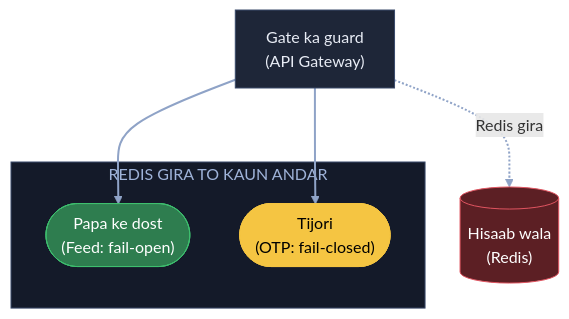
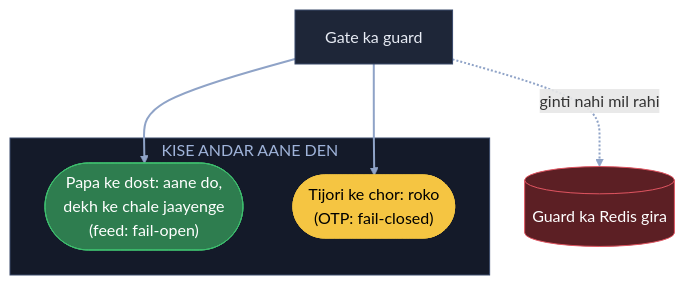
One commit to ArpanMaheshwari144/Prep changed the sixth of 10 diagrams in 04_HLD/SYSTEM_DESIGNS/02_rate_limiter/02_rate_limiter.md. Above: the diagram before and after it, drawn with Mermaid. The commit also changed other lines of this file, not shown here.

Commit message:
Rate limiter: 10 diagram hand notes ke shabdon se (K1 naya), K3 me apni jodi line hatai

````diff
--- a/04_HLD/SYSTEM_DESIGNS/02_rate_limiter/02_rate_limiter.md
+++ b/04_HLD/SYSTEM_DESIGNS/02_rate_limiter/02_rate_limiter.md
@@ -174,18 +188,18 @@
 ```mermaid
 flowchart TB
-    R[("Hisaab wala<br/>(Redis)")]:::bad
-    G["Gate ka guard<br/>(API Gateway)"]:::card
-    subgraph FS["REDIS GIRA TO KAUN ANDAR"]
-        F(["Papa ke dost<br/>(Feed: fail-open)"]):::good
-        O(["Tijori<br/>(OTP: fail-closed)"]):::pill
+    R[("Guard ka Redis gira")]:::bad
+    G["Gate ka guard"]:::card
+    subgraph KA["KISE ANDAR AANE DEN"]
+        F(["Papa ke dost: aane do,<br/>dekh ke chale jaayenge<br/>(feed: fail-open)"]):::good
+        C(["Tijori ke chor: roko<br/>(OTP: fail-closed)"]):::pill
     end
-    G -. "Redis gira" .-> R
+    G -. "ginti nahi mil rahi" .-> R
     G --> F
-    G --> O
+    G --> C
     linkStyle default stroke:#8fa3c7,stroke-width:2px
     classDef card fill:#1e2638,stroke:#3a4a6b,color:#e8ecf5
     classDef pill fill:#f5c542,stroke:#f5c542,color:#000
     classDef good fill:#2e7d4f,stroke:#3fbf6f,color:#fff
     classDef bad fill:#5c1f24,stroke:#e05561,color:#fff
-    style FS fill:#141a29,stroke:#3a4a6b,color:#9fb3d9
+    style KA fill:#141a29,stroke:#3a4a6b,color:#9fb3d9
 ```
````
